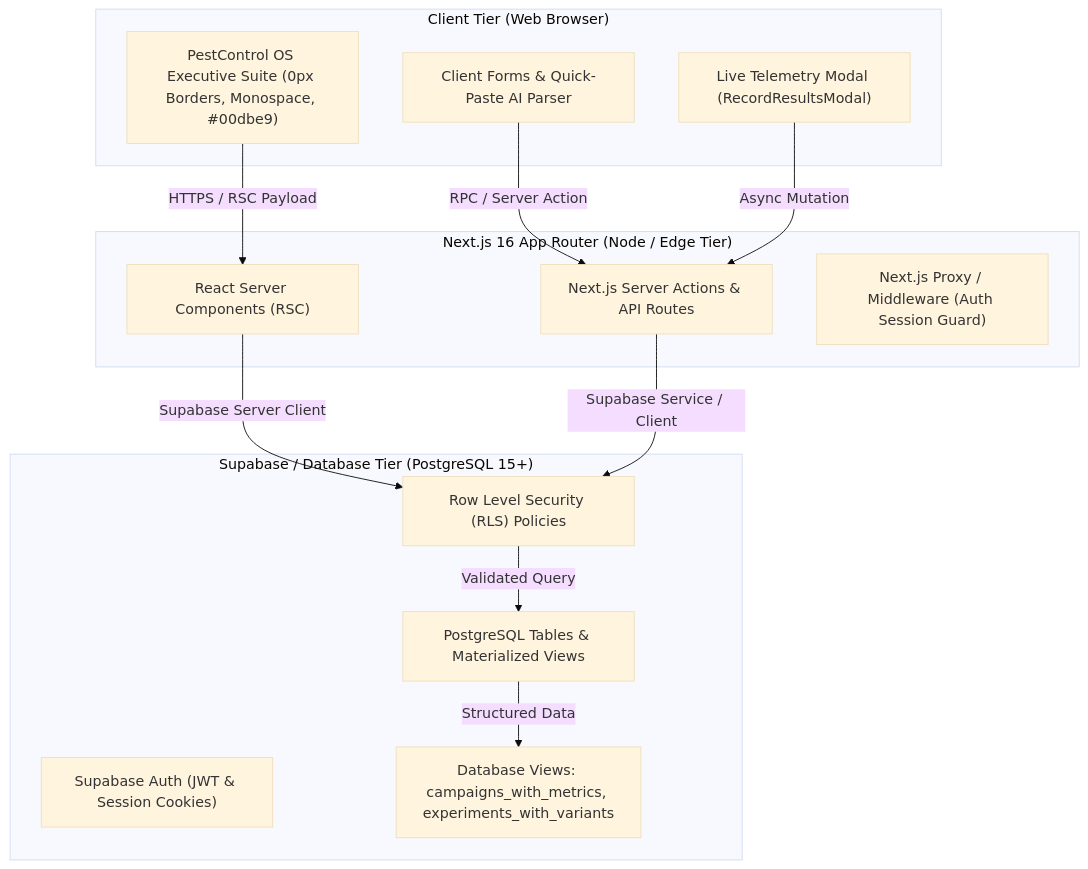
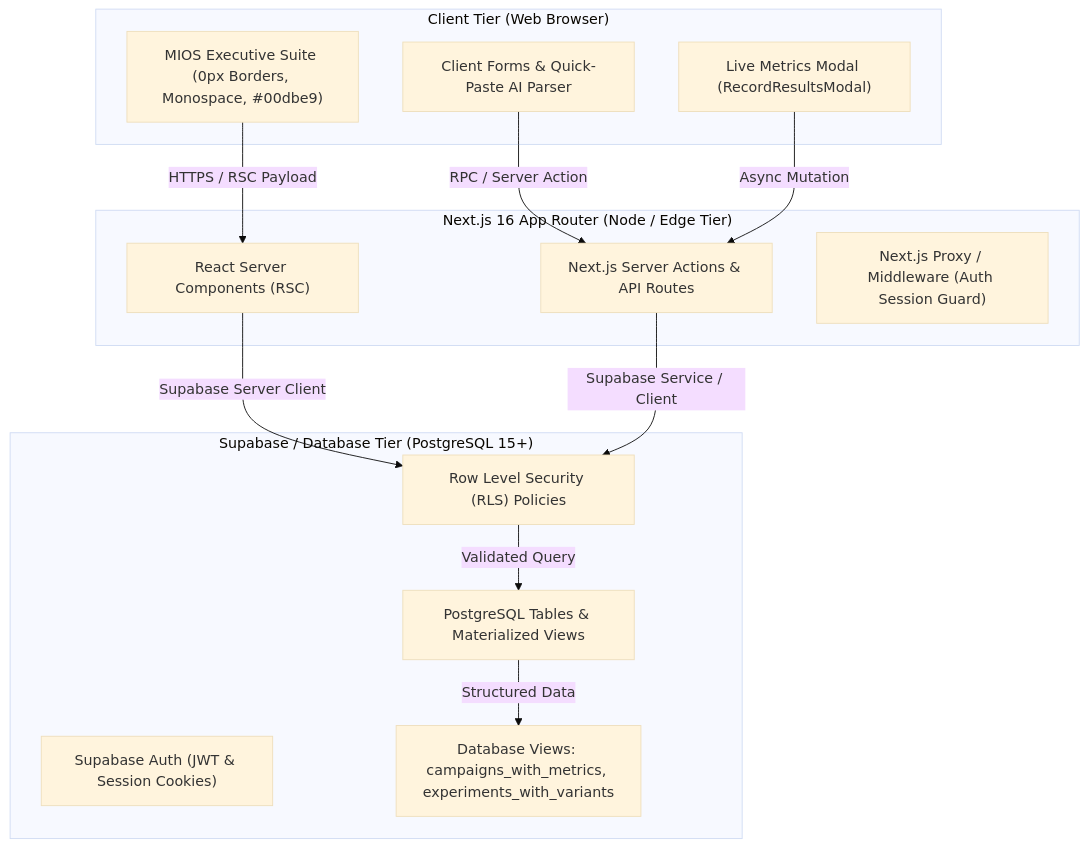
One commit to joshihridesh001-png/MIOS changed the first of 2 diagrams in docs/architecture.md. Above: the diagram before and after it, drawn with Mermaid (base theme). The commit also changed other lines of this file and 24 other files, not shown here.

````diff
--- a/docs/architecture.md
+++ b/docs/architecture.md
@@ -11,29 +11,29 @@
 ```mermaid
 graph TD
     subgraph "Client Tier (Web Browser)"
-        UI["PestControl OS Executive Suite (0px Borders, Monospace, #00dbe9)"]
+        UI["MIOS Executive Suite (0px Borders, Monospace, #00dbe9)"]
         Forms["Client Forms & Quick-Paste AI Parser"]
-        Modals["Live Telemetry Modal (RecordResultsModal)"]
+        Modals["Live Metrics Modal (RecordResultsModal)"]
     end
 
     subgraph "Next.js 16 App Router (Node / Edge Tier)"
         RSC["React Server Components (RSC)"]
         API["Next.js Server Actions & API Routes"]
         Proxy["Next.js Proxy / Middleware (Auth Session Guard)"]
     end
 
     subgraph "Supabase / Database Tier (PostgreSQL 15+)"
         Auth["Supabase Auth (JWT & Session Cookies)"]
         RLS["Row Level Security (RLS) Policies"]
         PG["PostgreSQL Tables & Materialized Views"]
         RPC["Database Views: campaigns_with_metrics, experiments_with_variants"]
     end
 
     UI -->|HTTPS / RSC Payload| RSC
     Forms -->|RPC / Server Action| API
     Modals -->|Async Mutation| API
     RSC -->|Supabase Server Client| RLS
     API -->|Supabase Service / Client| RLS
     RLS -->|Validated Query| PG
     PG -->|Structured Data| RPC
 ```
````
